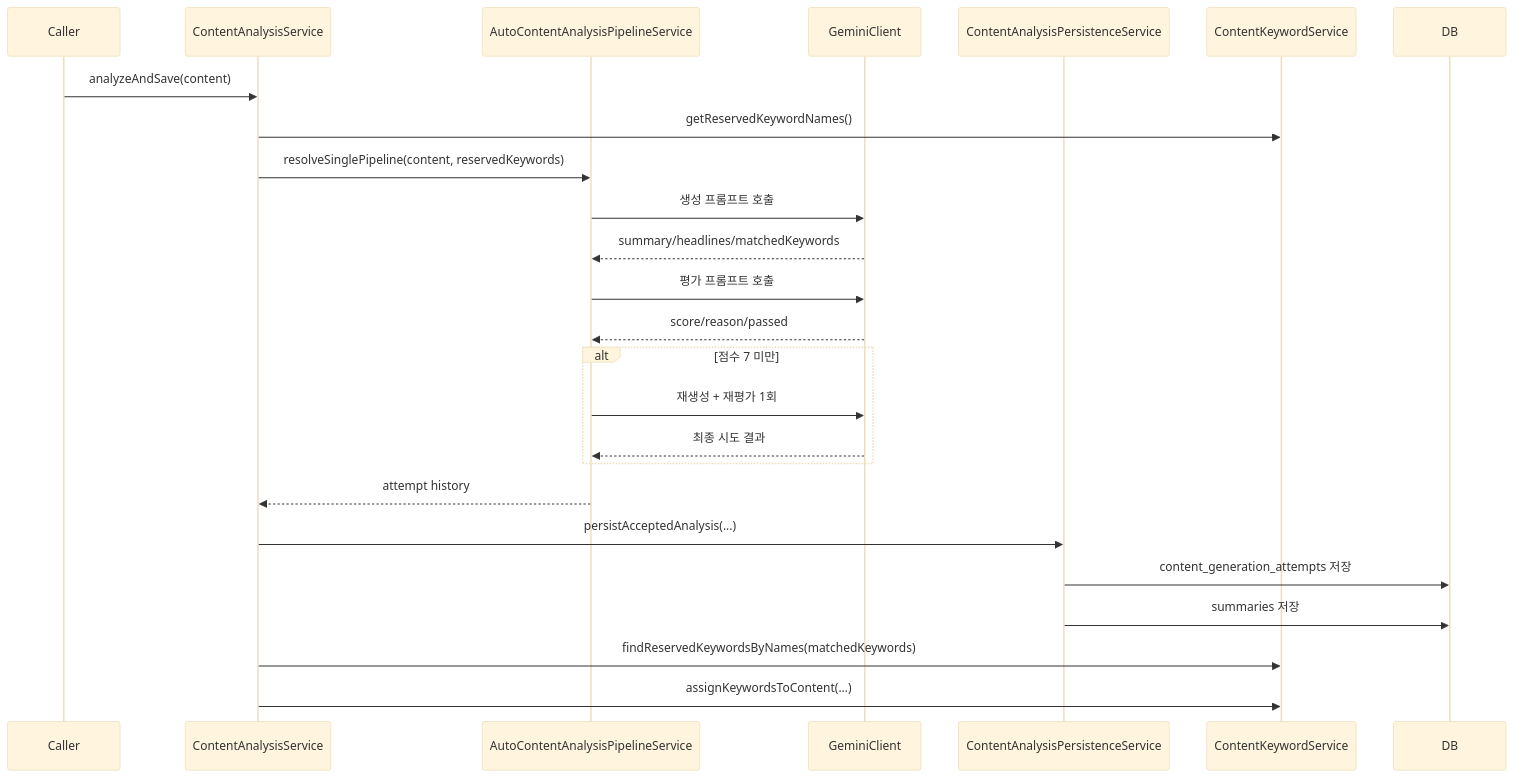
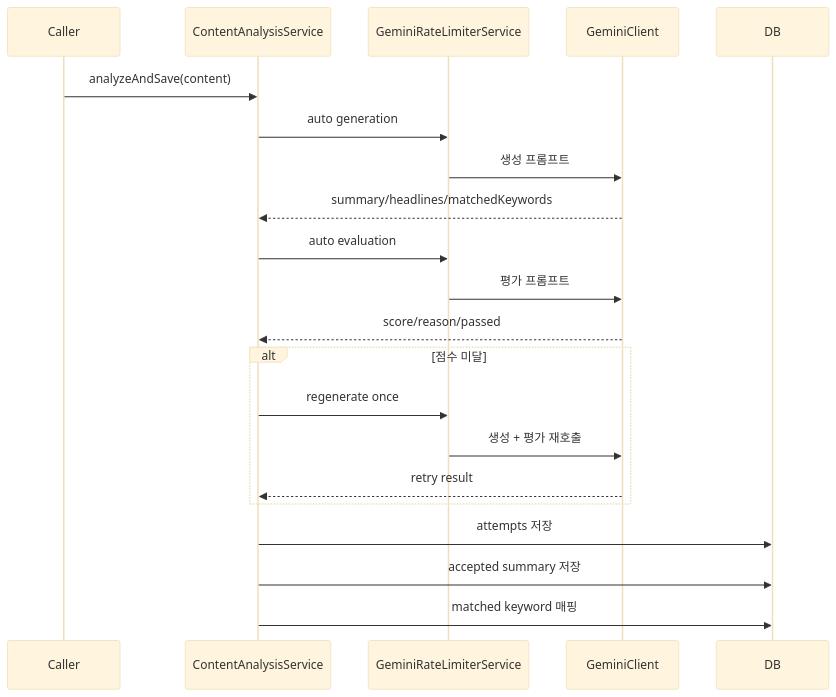
One commit to fairy-band/quick-news-be changed the second of 3 diagrams in docs/human-like-content-analysis-pipeline.md. Above: the diagram before and after it, drawn with Mermaid (base theme). The commit also changed other lines of this file, not shown here.

````diff
--- a/docs/human-like-content-analysis-pipeline.md
+++ b/docs/human-like-content-analysis-pipeline.md
@@ -142,31 +80,26 @@
 ```mermaid
 sequenceDiagram
     participant Caller as Caller
-    participant Facade as ContentAnalysisService
-    participant Pipeline as AutoContentAnalysisPipelineService
+    participant Service as ContentAnalysisService
+    participant Rate as GeminiRateLimiterService
     participant Gemini as GeminiClient
-    participant Persist as ContentAnalysisPersistenceService
-    participant Keyword as ContentKeywordService
     participant DB as DB
 
-    Caller->>Facade: analyzeAndSave(content)
-    Facade->>Keyword: getReservedKeywordNames()
-    Facade->>Pipeline: resolveSinglePipeline(content, reservedKeywords)
+    Caller->>Service: analyzeAndSave(content)
+    Service->>Rate: auto generation
+    Rate->>Gemini: 생성 프롬프트
+    Gemini-->>Service: summary/headlines/matchedKeywords
+    Service->>Rate: auto evaluation
+    Rate->>Gemini: 평가 프롬프트
+    Gemini-->>Service: score/reason/passed
 
-    Pipeline->>Gemini: 생성 프롬프트 호출
-    Gemini-->>Pipeline: summary/headlines/matchedKeywords
-    Pipeline->>Gemini: 평가 프롬프트 호출
-    Gemini-->>Pipeline: score/reason/passed
-
-    alt 점수 7 미만
-        Pipeline->>Gemini: 재생성 + 재평가 1회
-        Gemini-->>Pipeline: 최종 시도 결과
+    alt 점수 미달
+        Service->>Rate: regenerate once
+        Rate->>Gemini: 생성 + 평가 재호출
+        Gemini-->>Service: retry result
     end
 
-    Pipeline-->>Facade: attempt history
-    Facade->>Persist: persistAcceptedAnalysis(...)
-    Persist->>DB: content_generation_attempts 저장
-    Persist->>DB: summaries 저장
-    Facade->>Keyword: findReservedKeywordsByNames(matchedKeywords)
-    Facade->>Keyword: assignKeywordsToContent(...)
+    Service->>DB: attempts 저장
+    Service->>DB: accepted summary 저장
+    Service->>DB: matched keyword 매핑
 ```
````
